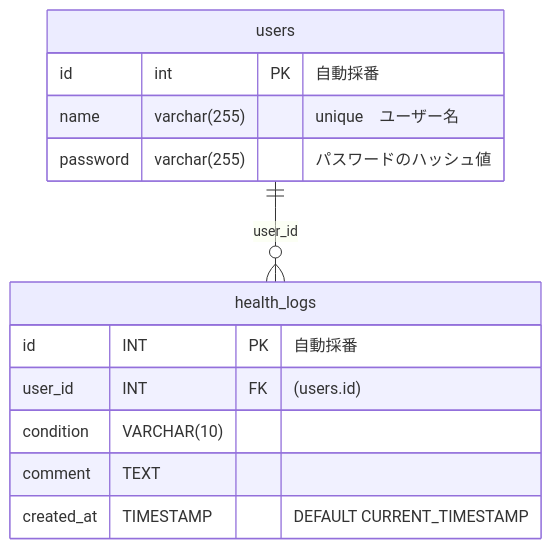
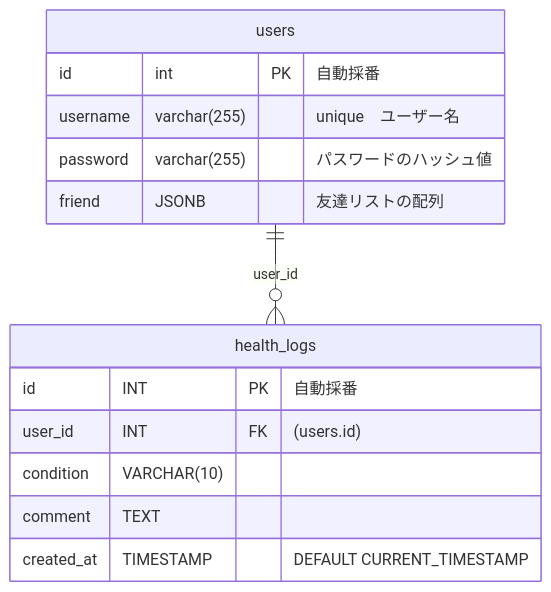
Before and after one commit to Na0Se/condition_management: the diagram in README.md, drawn with Mermaid. The commit also changed other lines of this file and 434 other files, not shown here.

````diff
--- a/README.md
+++ b/README.md
@@ -26,18 +26,19 @@
 ```mermaid
 erDiagram
     users{
         id int PK "自動採番"
-        name varchar(255) "unique　ユーザー名"
+        username varchar(255) "unique　ユーザー名"
         password varchar(255) "パスワードのハッシュ値"
+        friend JSONB "友達リストの配列"
     }
 
     health_logs{
         id	INT	PK "自動採番"
         user_id	INT	FK "(users.id)"
         condition VARCHAR(10)
         comment	TEXT	
         created_at TIMESTAMP "DEFAULT CURRENT_TIMESTAMP"
     }
 
     users ||--o{health_logs : user_id 
 ```
````
